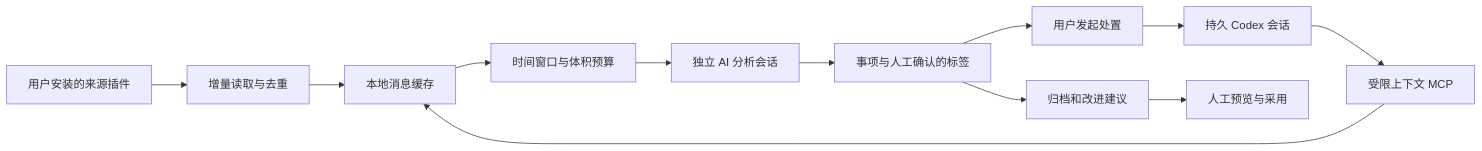
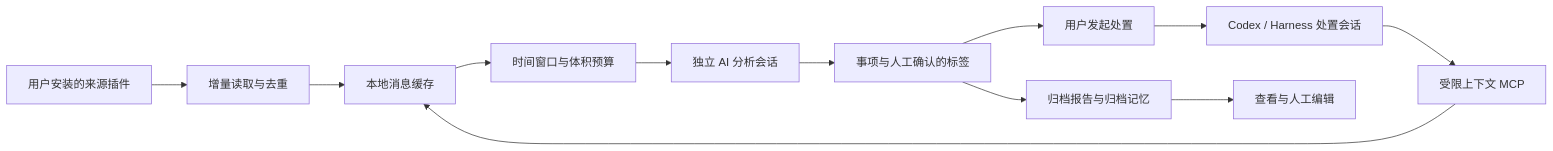
The diagram in docs/ARCHITECTURE.md (LinHuiG/shi_shi), drawn with Mermaid before and after one commit. The commit also changed other lines of this file and 234 other files, not shown here.

````diff
--- a/docs/ARCHITECTURE.md
+++ b/docs/ARCHITECTURE.md
@@ -11,14 +11,14 @@
 ```mermaid
 flowchart LR
   P[用户安装的来源插件] --> S[增量读取与去重]
   S --> L[本地消息缓存]
   L --> B[时间窗口与体积预算]
   B --> A[独立 AI 分析会话]
   A --> T[事项与人工确认的标签]
   T --> U[用户发起处置]
-  U --> C[持久 Codex 会话]
+  U --> C[Codex / Harness 处置会话]
   C --> M[受限上下文 MCP]
   M --> L
-  T --> R[归档和改进建议]
-  R --> H[人工预览与采用]
+  T --> R[归档报告与归档记忆]
+  R --> H[查看与人工编辑]
 ```
````
